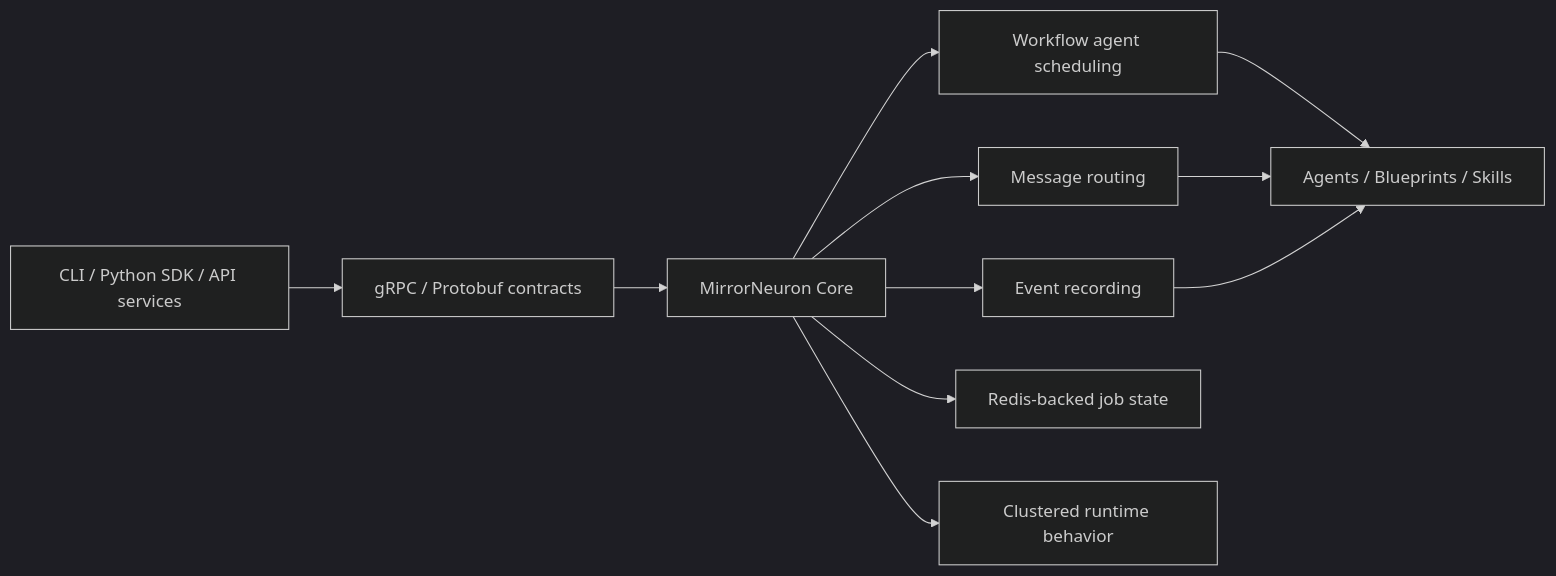
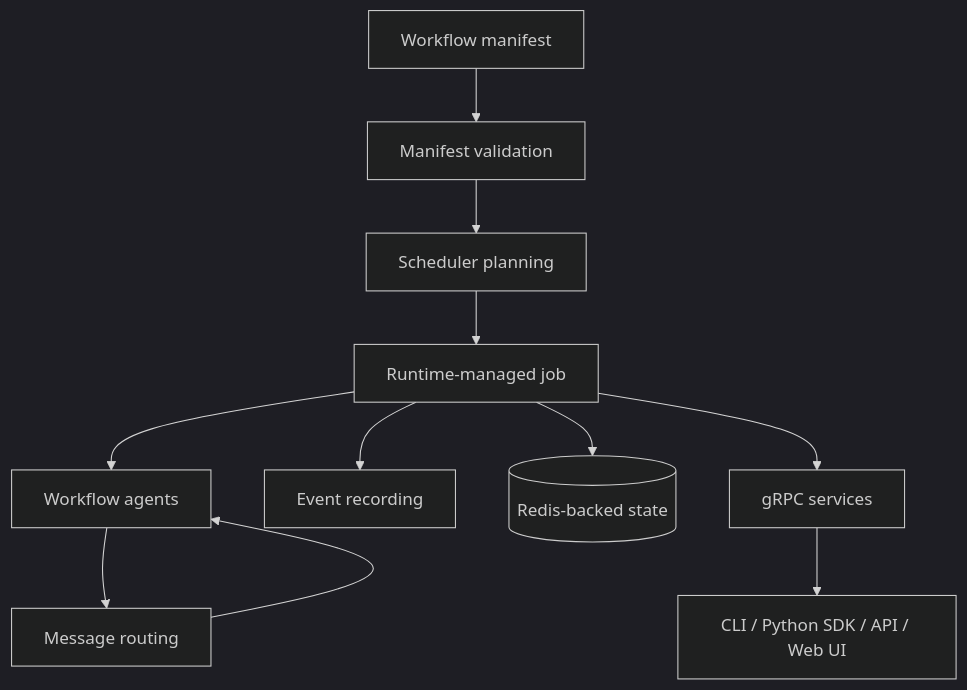
Before and after one commit to MirrorNeuronLab/MirrorNeuron: the second of 2 diagrams in README.md, drawn with Mermaid (dark theme). The commit also changed other lines of this file, not shown here.

````diff
--- a/README.md
+++ b/README.md
@@ -100,15 +241,16 @@
 ```mermaid
-flowchart LR
-  Clients[CLI / Python SDK / API services] --> Contracts[gRPC / Protobuf contracts]
-  Contracts --> Core[MirrorNeuron Core]
+flowchart TB
+  Manifest[Workflow manifest] --> Validate[Manifest validation]
+  Validate --> Plan[Scheduler planning]
+  Plan --> Run[Runtime-managed job]
 
-  Core --> Scheduler[Workflow agent scheduling]
-  Core --> Router[Message routing]
-  Core --> Events[Event recording]
-  Core --> State[Redis-backed job state]
-  Core --> Cluster[Clustered runtime behavior]
+  Run --> Agents[Workflow agents]
+  Run --> Events[Event recording]
+  Run --> State[(Redis-backed state)]
+  Run --> GRPC[gRPC services]
 
-  Scheduler --> Ecosystem[Agents / Blueprints / Skills]
-  Router --> Ecosystem
-  Events --> Ecosystem
+  Agents --> Router[Message routing]
+  Router --> Agents
+
+  GRPC --> Clients[CLI / Python SDK / API / Web UI]
 ```
````
